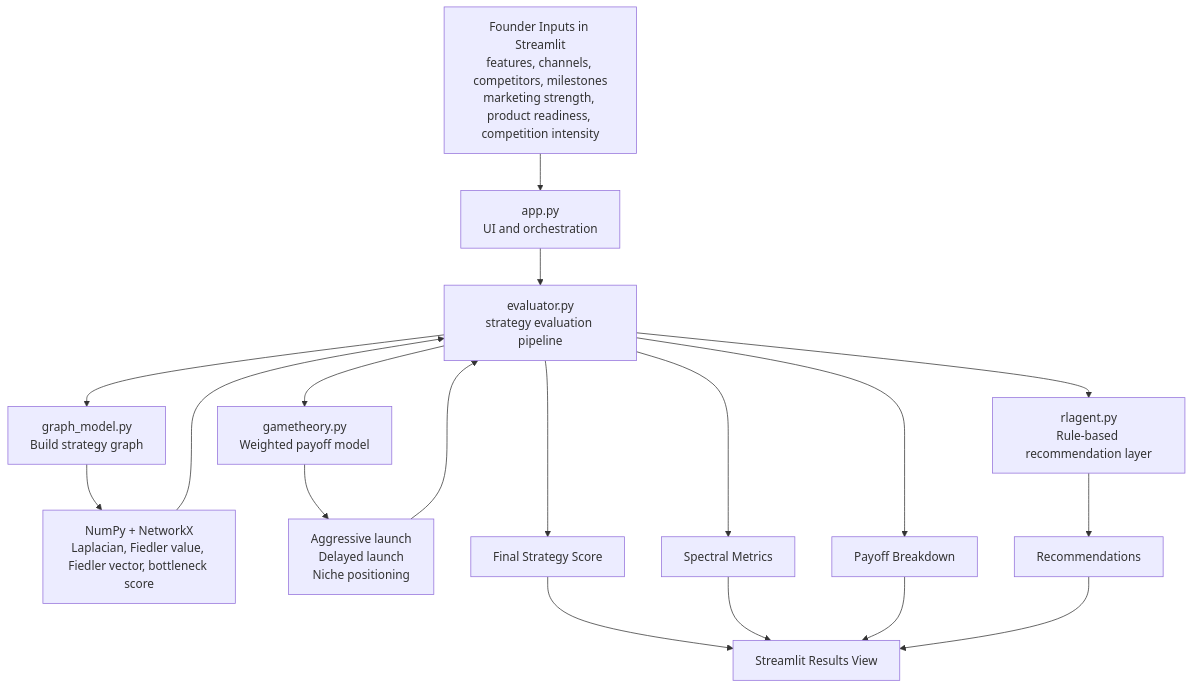
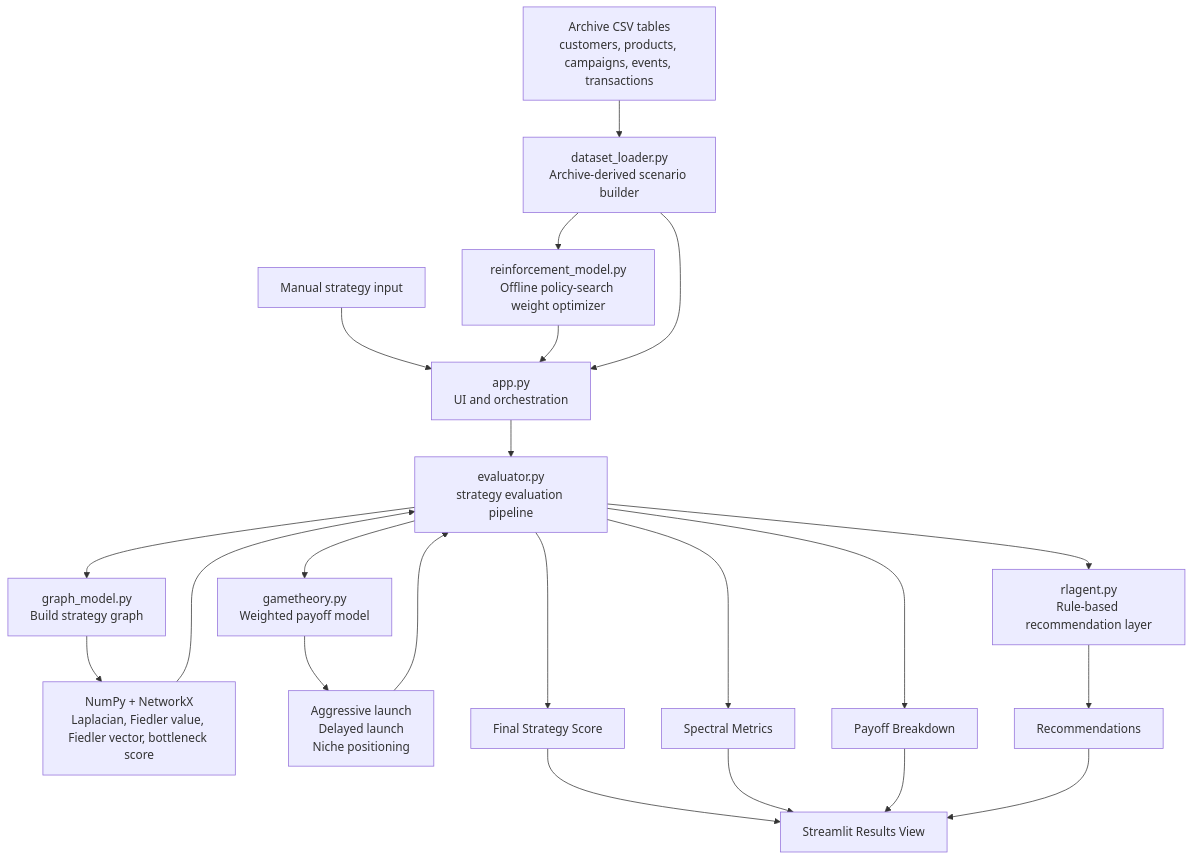
Before and after one commit to AKillerPanda/Strategy-Signal: the diagram in README.md, drawn with Mermaid. The commit also changed other lines of this file and 8 other files, not shown here.

First line of the commit message:
feat: Implement startup strategy evaluator with archive dataset support

````diff
--- a/README.md
+++ b/README.md
@@ -77,25 +122,29 @@
 ```mermaid
 flowchart TD
-    A[Founder Inputs in Streamlit\nfeatures, channels, competitors, milestones\nmarketing strength, product readiness, competition intensity] --> B[app.py\nUI and orchestration]
+    A[Manual strategy input] --> B[app.py\nUI and orchestration]
+    A2[Archive CSV tables\ncustomers, products, campaigns, events, transactions] --> DL[dataset_loader.py\nArchive-derived scenario builder]
+    DL --> RM[reinforcement_model.py\nOffline policy-search weight optimizer]
+    RM --> B
+    DL --> B
     B --> C[evaluator.py\nstrategy evaluation pipeline]
 
     C --> D[graph_model.py\nBuild strategy graph]
     D --> E[NumPy + NetworkX\nLaplacian, Fiedler value, Fiedler vector, bottleneck score]
 
     C --> F[gametheory.py\nWeighted payoff model]
     F --> G[Aggressive launch\nDelayed launch\nNiche positioning]
 
     C --> H[rlagent.py\nRule-based recommendation layer]
 
     E --> C
     G --> C
     H --> I[Recommendations]
     C --> J[Final Strategy Score]
     C --> K[Spectral Metrics]
     C --> L[Payoff Breakdown]
 
     J --> M[Streamlit Results View]
     K --> M
     L --> M
     I --> M
 ```
````
